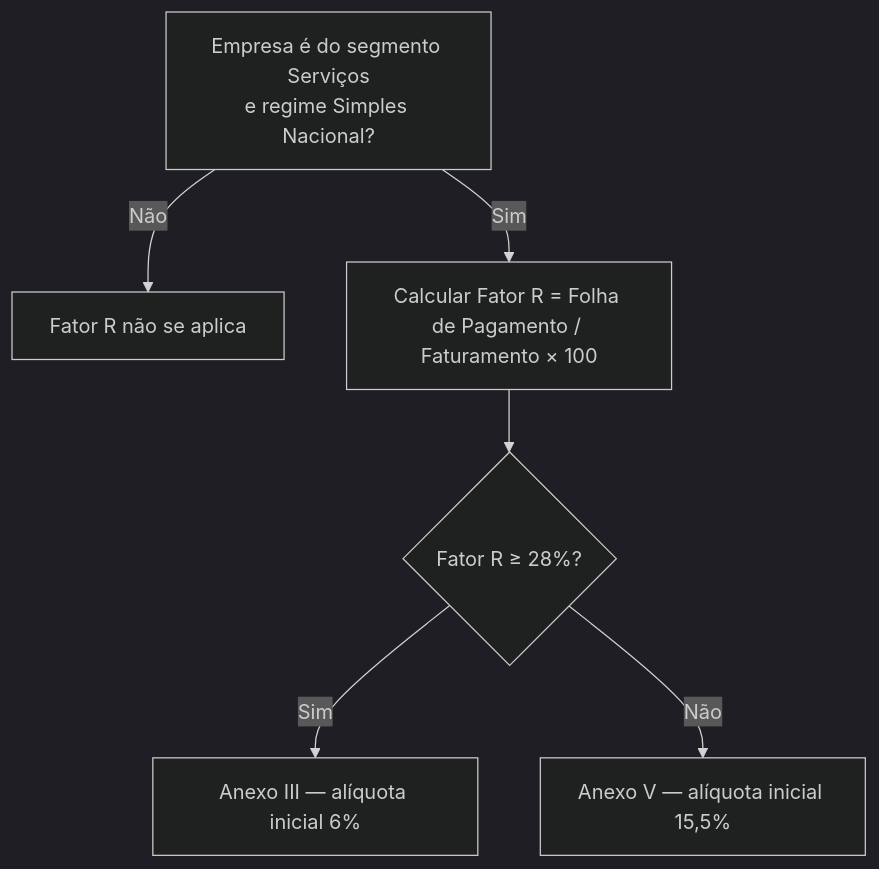
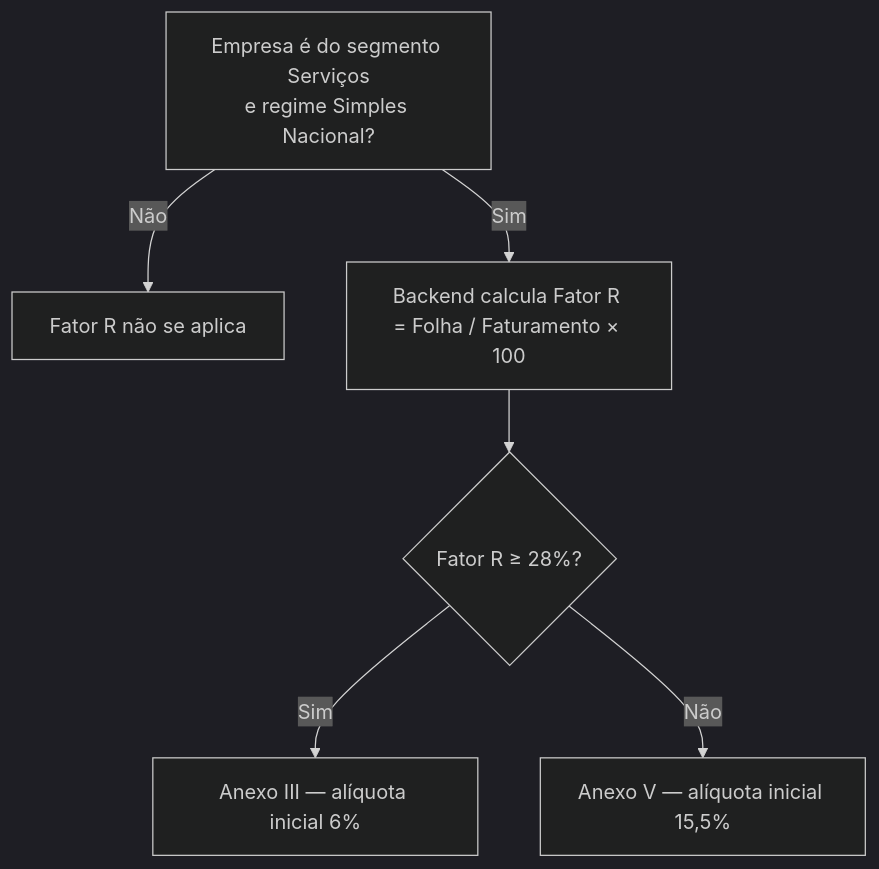
One commit to edvaldosm/markup-front changed the diagram in docs/manual/11-fator-r.md. Above: the diagram before and after it, drawn with Mermaid (dark theme). The commit also changed other lines of this file and 15 other files, not shown here.

````diff
--- a/docs/manual/11-fator-r.md
+++ b/docs/manual/11-fator-r.md
@@ -23,8 +25,8 @@
 ```mermaid
 flowchart TD
     A["Empresa é do segmento Serviços\ne regime Simples Nacional?"] -->|Não| B["Fator R não se aplica"]
-    A -->|Sim| C["Calcular Fator R = Folha de Pagamento / Faturamento × 100"]
+    A -->|Sim| C["Backend calcula Fator R = Folha / Faturamento × 100"]
     C --> D{Fator R ≥ 28%?}
     D -- Sim --> E["Anexo III — alíquota inicial 6%"]
     D -- Não --> F["Anexo V — alíquota inicial 15,5%"]
 ```
````
